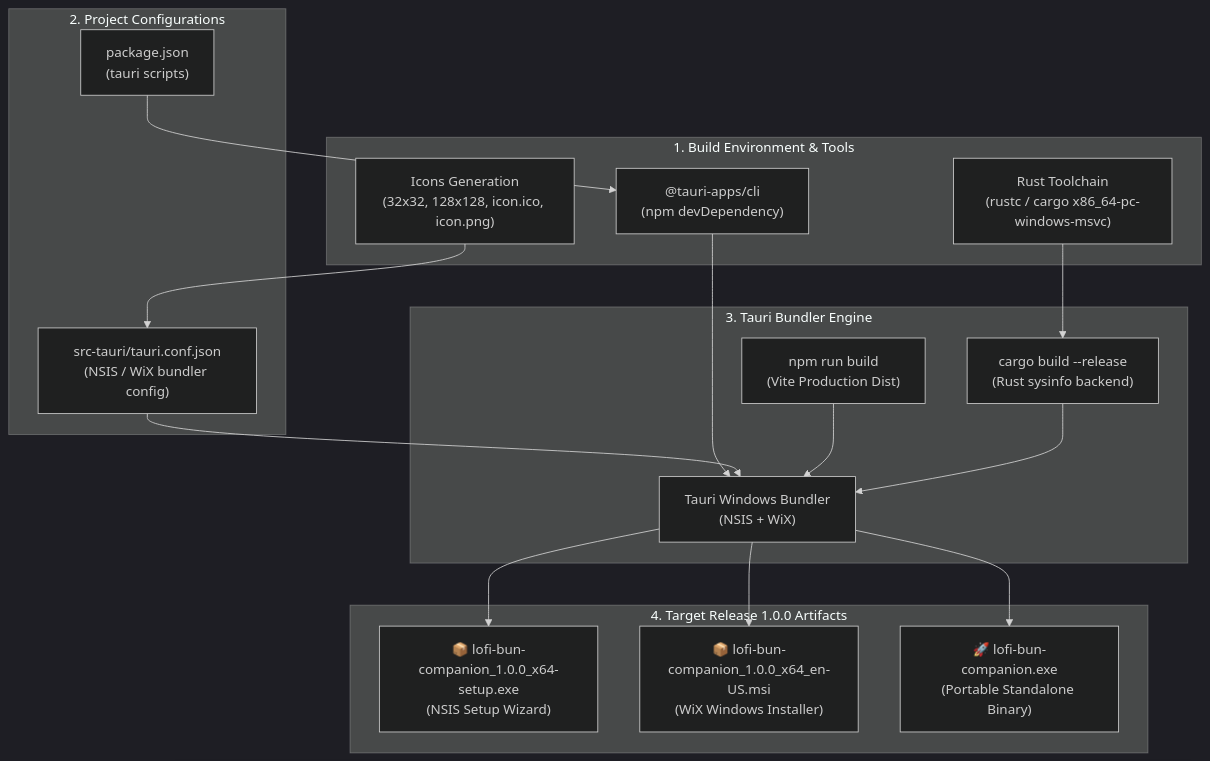
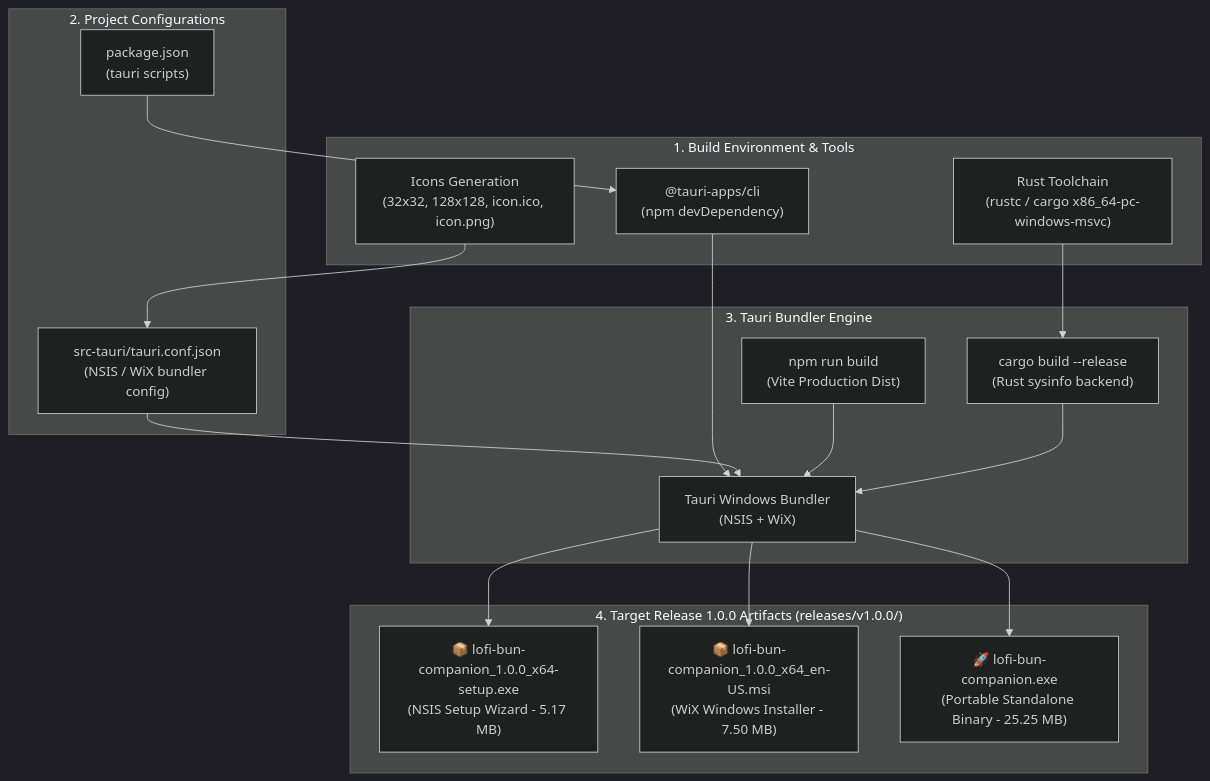
Before and after one commit to vavinon/lofi-bun-companion: the diagram in non-docs/tasks/2026-08-30-1.0.0-windows-installer-packaging.md, drawn with Mermaid (dark theme). The commit also changed other lines of this file and 3 other files, not shown here.

Commit message:
chore(release): package windows installer bundles and update release documentation (v1.0.0)

````diff
--- a/non-docs/tasks/2026-08-30-1.0.0-windows-installer-packaging.md
+++ b/non-docs/tasks/2026-08-30-1.0.0-windows-installer-packaging.md
@@ -33,36 +33,36 @@
 ```mermaid
 flowchart TD
     subgraph Toolchain["1. Build Environment & Tools"]
         Rust["Rust Toolchain\n(rustc / cargo x86_64-pc-windows-msvc)"]
         TauriCLI["@tauri-apps/cli\n(npm devDependency)"]
         Icons["Icons Generation\n(32x32, 128x128, icon.ico, icon.png)"]
     end
 
     subgraph Config["2. Project Configurations"]
         PkgJson["package.json\n(tauri scripts)"]
         TauriConf["src-tauri/tauri.conf.json\n(NSIS / WiX bundler config)"]
     end
 
     subgraph Compiler["3. Tauri Bundler Engine"]
         ViteComp["npm run build\n(Vite Production Dist)"]
         CargoComp["cargo build --release\n(Rust sysinfo backend)"]
         Bundler["Tauri Windows Bundler\n(NSIS + WiX)"]
     end
 
-    subgraph Deliverables["4. Target Release 1.0.0 Artifacts"]
-        SetupExe["📦 lofi-bun-companion_1.0.0_x64-setup.exe\n(NSIS Setup Wizard)"]
-        MsiPkg["📦 lofi-bun-companion_1.0.0_x64_en-US.msi\n(WiX Windows Installer)"]
-        PortableExe["🚀 lofi-bun-companion.exe\n(Portable Standalone Binary)"]
+    subgraph Deliverables["4. Target Release 1.0.0 Artifacts (releases/v1.0.0/)"]
+        SetupExe["📦 lofi-bun-companion_1.0.0_x64-setup.exe\n(NSIS Setup Wizard - 5.17 MB)"]
+        MsiPkg["📦 lofi-bun-companion_1.0.0_x64_en-US.msi\n(WiX Windows Installer - 7.50 MB)"]
+        PortableExe["🚀 lofi-bun-companion.exe\n(Portable Standalone Binary - 25.25 MB)"]
     end
 
     Rust --> CargoComp
     TauriCLI --> Bundler
     Icons --> TauriConf
     PkgJson --> TauriCLI
     TauriConf --> Bundler
     ViteComp --> Bundler
     CargoComp --> Bundler
     Bundler --> SetupExe
     Bundler --> MsiPkg
     Bundler --> PortableExe
 ```
````
